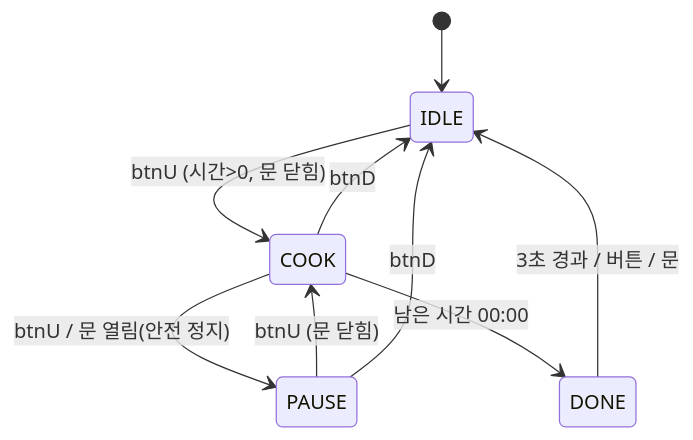
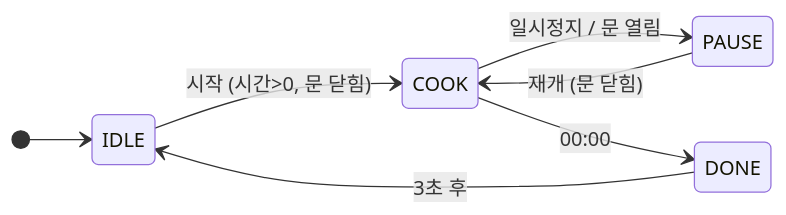
One commit to minjaon/Portfolio changed the third of 5 diagrams in README.md. Above: the diagram before and after it, drawn with Mermaid. The commit also changed other lines of this file and 79994 other files, not shown here.

````diff
--- a/README.md
+++ b/README.md
@@ -237,11 +350,10 @@
 ```mermaid
 stateDiagram-v2
+    direction LR
     [*] --> IDLE
-    IDLE --> COOK : btnU (시간>0, 문 닫힘)
-    COOK --> PAUSE : btnU / 문 열림(안전 정지)
-    PAUSE --> COOK : btnU (문 닫힘)
-    COOK --> DONE : 남은 시간 00:00
-    DONE --> IDLE : 3초 경과 / 버튼 / 문
-    COOK --> IDLE : btnD
-    PAUSE --> IDLE : btnD
+    IDLE --> COOK : 시작 (시간>0, 문 닫힘)
+    COOK --> PAUSE : 일시정지 / 문 열림
+    PAUSE --> COOK : 재개 (문 닫힘)
+    COOK --> DONE : 00:00
+    DONE --> IDLE : 3초 후
 ```
````
